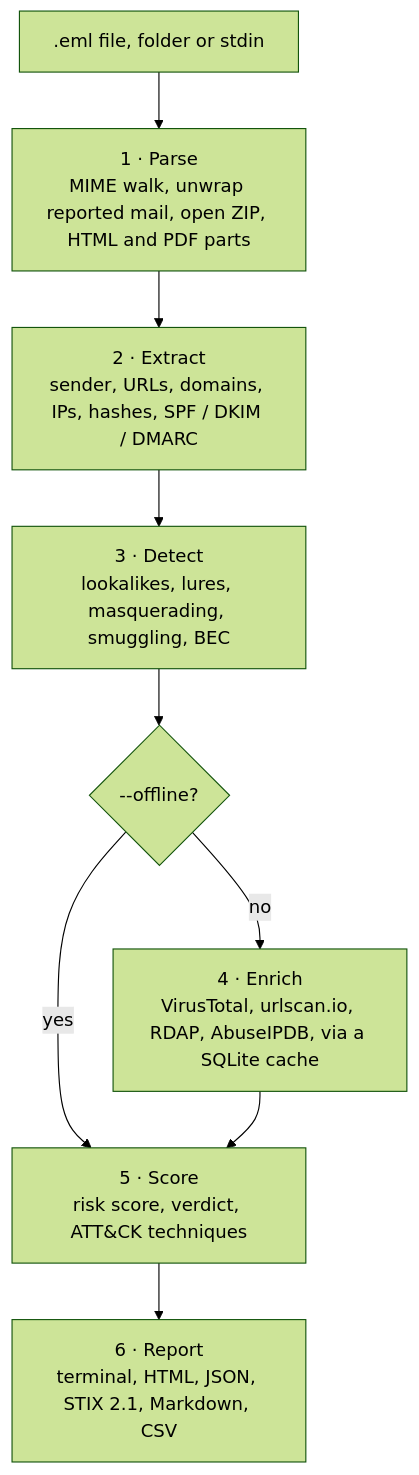
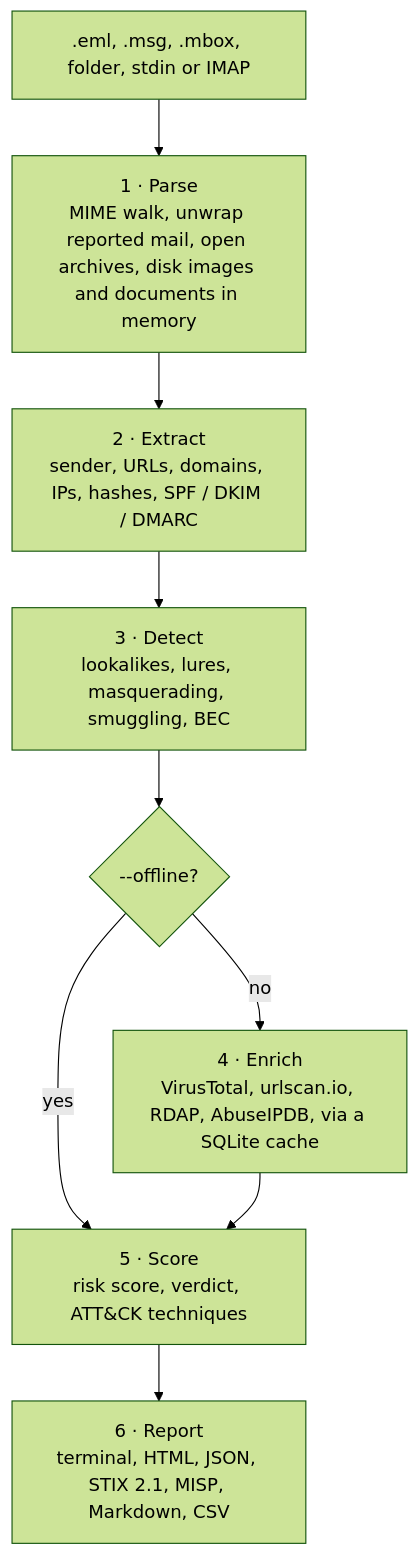
One commit to vinitrami-Soc/phishhawk changed the diagram in README.md. Above: the diagram before and after it, drawn with Mermaid (forest theme). The commit also changed other lines of this file and 82 other files, not shown here.

````diff
--- a/README.md
+++ b/README.md
@@ -106,11 +109,11 @@
 ```mermaid
 flowchart TD
-    IN[".eml file, folder or stdin"] --> P["1 · Parse<br/>MIME walk, unwrap reported mail, open ZIP, HTML and PDF parts"]
+    IN[".eml, .msg, .mbox, folder, stdin or IMAP"] --> P["1 · Parse<br/>MIME walk, unwrap reported mail, open archives, disk images and documents in memory"]
     P --> X["2 · Extract<br/>sender, URLs, domains, IPs, hashes, SPF / DKIM / DMARC"]
     X --> D["3 · Detect<br/>lookalikes, lures, masquerading, smuggling, BEC"]
     D --> Q{"--offline?"}
     Q -- "no" --> E["4 · Enrich<br/>VirusTotal, urlscan.io, RDAP, AbuseIPDB, via a SQLite cache"]
     Q -- "yes" --> S
     E --> S["5 · Score<br/>risk score, verdict, ATT&CK techniques"]
-    S --> R["6 · Report<br/>terminal, HTML, JSON, STIX 2.1, Markdown, CSV"]
+    S --> R["6 · Report<br/>terminal, HTML, JSON, STIX 2.1, MISP, Markdown, CSV"]
 ```
````
